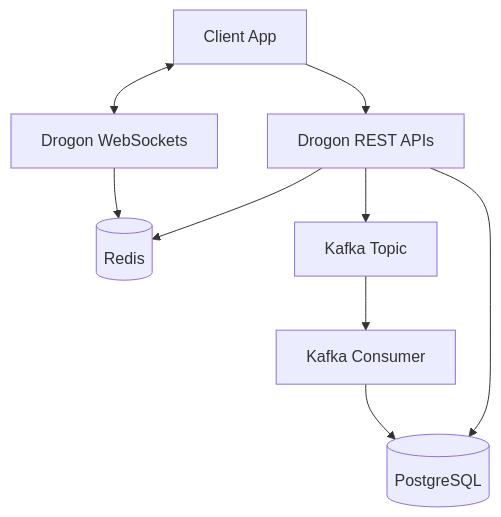
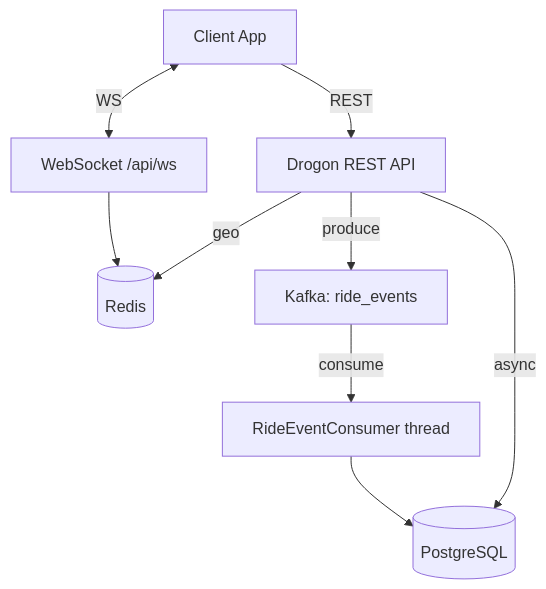
One commit to shahharshita78-cpu/ride-hailing-backend changed the diagram in README.md. Above: the diagram before and after it, drawn with Mermaid. The commit also changed other lines of this file and 24 other files, not shown here.

````diff
--- a/README.md
+++ b/README.md
@@ -9,11 +20,11 @@
 ```mermaid
 graph TD
-    Client[Client App] --> API[Drogon REST APIs]
-    Client <--> WS[Drogon WebSockets]
-    API --> DB[(PostgreSQL)]
-    API --> Cache[(Redis)]
-    API --> Kafka[Kafka Topic]
-    Kafka --> Consumer[Kafka Consumer]
+    Client[Client App] -->|REST| API[Drogon REST API]
+    Client <-->|WS| WS[WebSocket /api/ws]
+    API -->|async| DB[(PostgreSQL)]
+    API -->|geo| Cache[(Redis)]
+    API -->|produce| Kafka[Kafka: ride_events]
+    Kafka -->|consume| Consumer[RideEventConsumer thread]
     Consumer --> DB
     WS --> Cache
 ```
````
